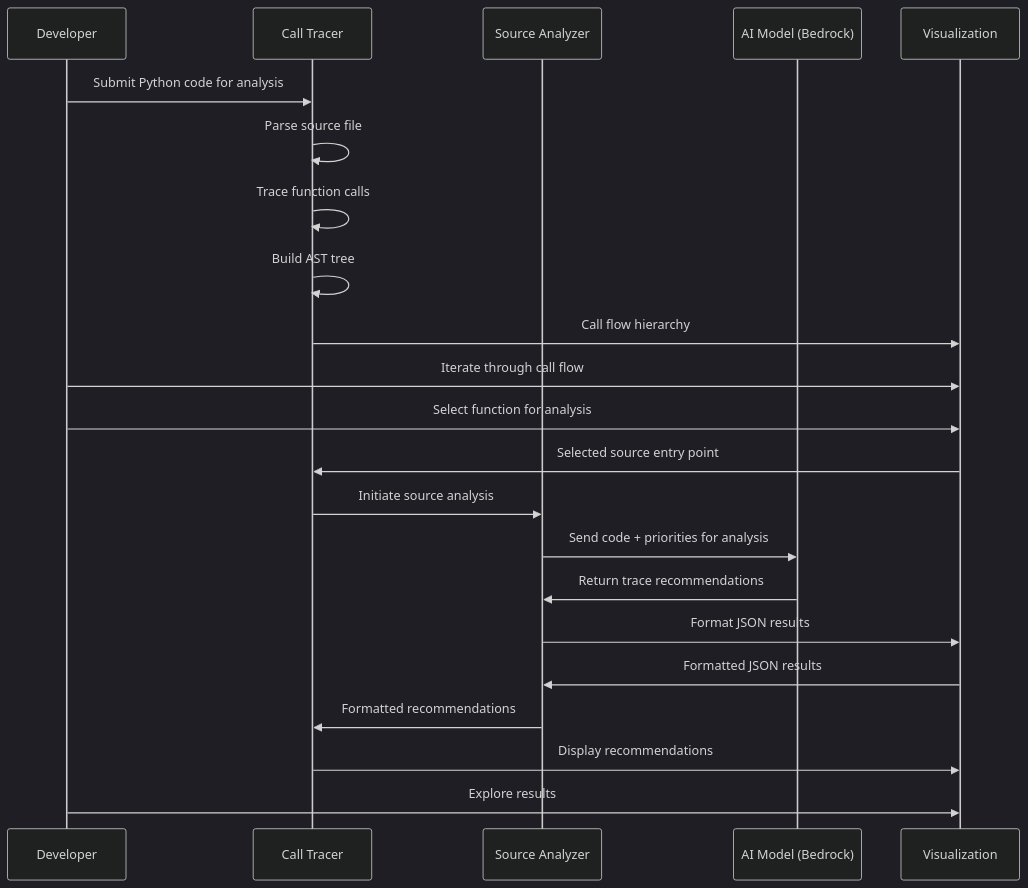
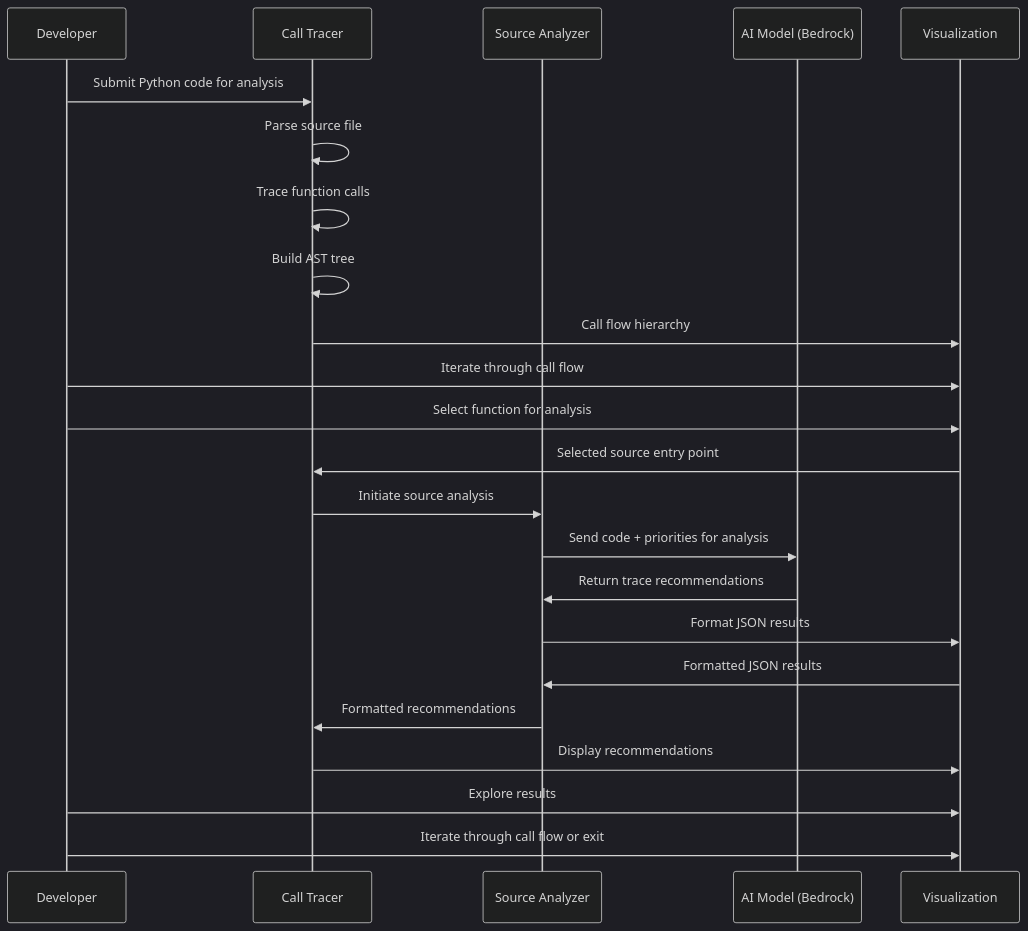
The diagram in distributed-tracing-blog-post.md (VerticalRelevance/distributed-tracing), drawn with Mermaid (dark theme) before and after one commit. The commit also changed other lines of this file and 3 other files, not shown here.

Commit message:
Revised blog post contents and diagrams

````diff
--- a/distributed-tracing-blog-post.md
+++ b/distributed-tracing-blog-post.md
@@ -210,28 +146,29 @@
 ```mermaid
 sequenceDiagram
     participant Dev as Developer
     participant CT as Call Tracer
     participant SA as Source Analyzer
     participant AI as AI Model (Bedrock)
     participant VIZ as Visualization
     
     Dev->>CT: Submit Python code for analysis
     CT->>CT: Parse source file
     CT->>CT: Trace function calls
     CT->>CT: Build AST tree
     CT->>VIZ: Call flow hierarchy
 
     Dev->>VIZ: Iterate through call flow
     Dev->>VIZ: Select function for analysis
     VIZ->>CT: Selected source entry point
     CT->>SA: Initiate source analysis
     SA->>AI: Send code + priorities for analysis
     AI->>SA: Return trace recommendations
     SA->>VIZ: Format JSON results
     VIZ->>SA: Formatted JSON results
     SA->>CT: Formatted recommendations
     
     CT->>VIZ: Display recommendations
     Dev->>VIZ: Explore results
+    Dev->>VIZ: Iterate through call flow or exit
 
 ```
````
